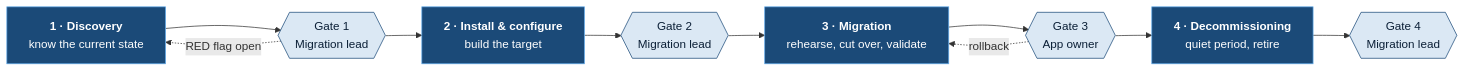
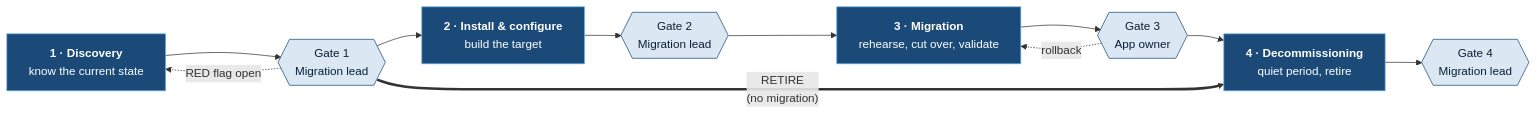
The first of 7 diagrams in migration-governance/README.md (theoneakta/ansible), drawn with Mermaid before and after one commit. The commit also changed other lines of this file, not shown here.

Commit message:
Migration governance: disposition at Gate 1 and retire-only path

````diff
--- a/migration-governance/README.md
+++ b/migration-governance/README.md
@@ -90,14 +90,15 @@
 ```mermaid
 flowchart LR
     D["<b>1 · Discovery</b><br/>know the current state"] --> G1{{"Gate 1<br/>Migration lead"}}
     G1 --> I["<b>2 · Install & configure</b><br/>build the target"] --> G2{{"Gate 2<br/>Migration lead"}}
     G2 --> M["<b>3 · Migration</b><br/>rehearse, cut over, validate"] --> G3{{"Gate 3<br/>App owner"}}
     G3 --> X["<b>4 · Decommissioning</b><br/>quiet period, retire"] --> G4{{"Gate 4<br/>Migration lead"}}
     G1 -. "RED flag open" .-> D
+    G1 == "RETIRE<br/>(no migration)" ==> X
     G3 -. "rollback" .-> M
 
     classDef phase fill:#1b4a78,stroke:#5fa8e8,color:#ffffff
     classDef gate fill:#dbe8f4,stroke:#1b4a78,color:#0b1f36
     class D,I,M,X phase
     class G1,G2,G3,G4 gate
 ```
````
